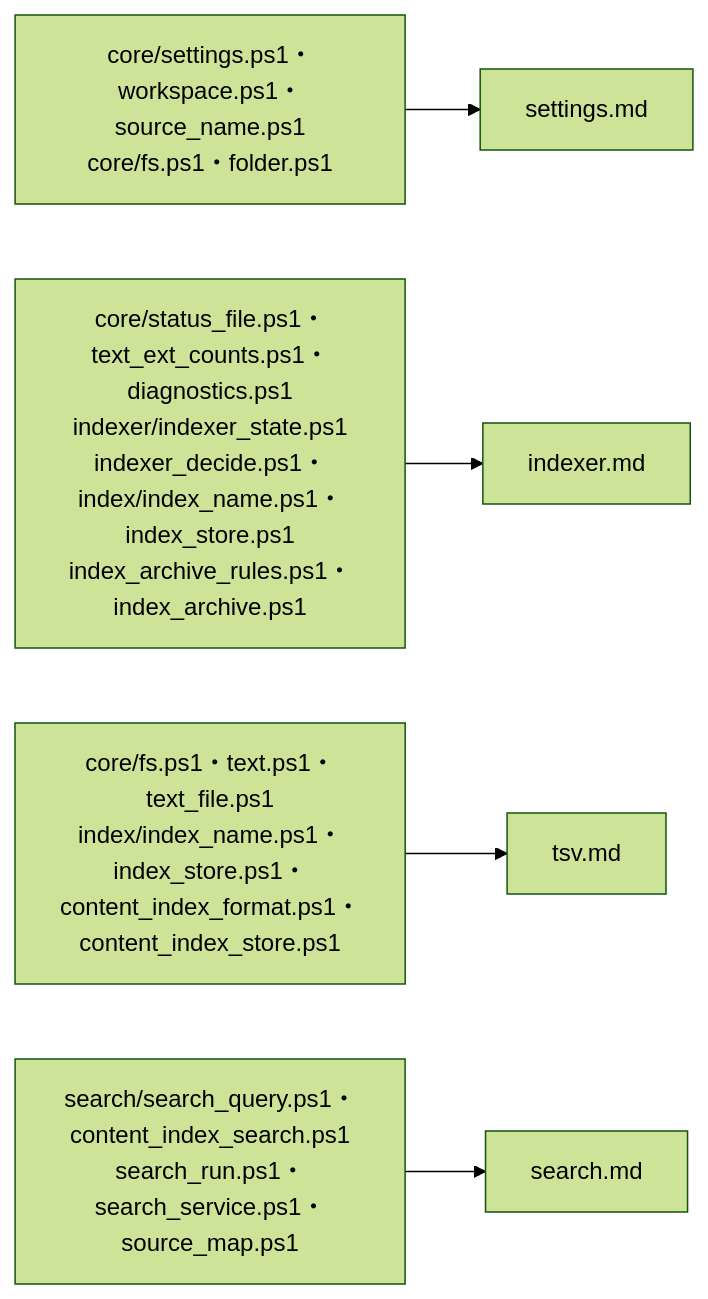
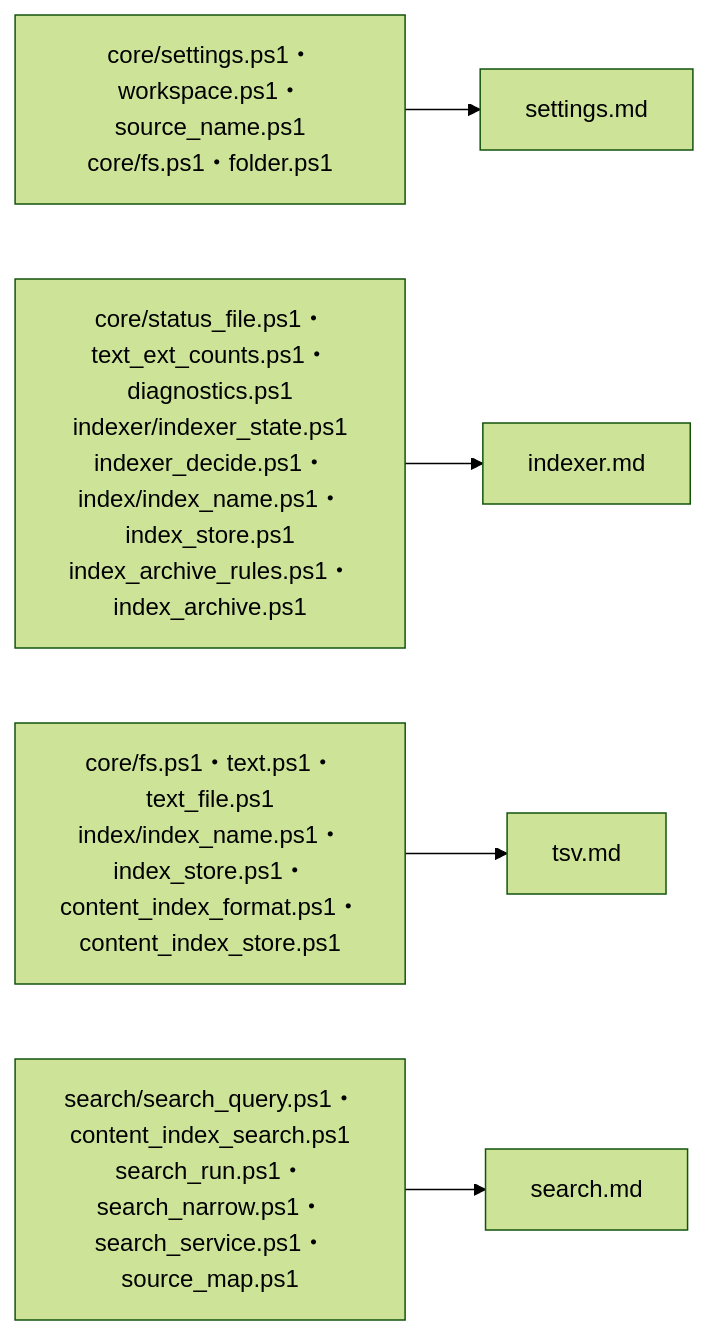
Before and after one commit to hsgwa/tebunko: the first of 3 diagrams in docs/design/reference/index.md, drawn with Mermaid (forest theme). The commit also changed 5 other files, not shown here.

````diff
--- a/docs/design/reference/index.md
+++ b/docs/design/reference/index.md
@@ -12,7 +12,7 @@
 ```mermaid
 flowchart LR
     settings["core/settings.ps1・workspace.ps1・source_name.ps1<br>core/fs.ps1・folder.ps1"] --> P1["settings.md"]
     indexer["core/status_file.ps1・text_ext_counts.ps1・diagnostics.ps1<br>indexer/indexer_state.ps1<br>indexer_decide.ps1・index/index_name.ps1・index_store.ps1<br>index_archive_rules.ps1・index_archive.ps1"] --> P2["indexer.md"]
     tsv["core/fs.ps1・text.ps1・text_file.ps1<br>index/index_name.ps1・index_store.ps1・content_index_format.ps1・content_index_store.ps1"] --> P3["tsv.md"]
-    search["search/search_query.ps1・content_index_search.ps1<br>search_run.ps1・search_service.ps1・source_map.ps1"] --> P4["search.md"]
+    search["search/search_query.ps1・content_index_search.ps1<br>search_run.ps1・search_narrow.ps1・search_service.ps1・source_map.ps1"] --> P4["search.md"]
 ```
````
